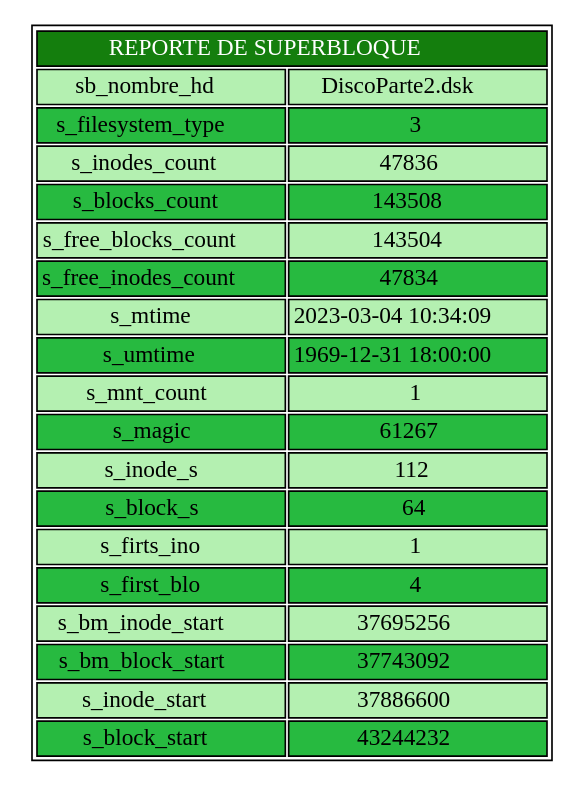
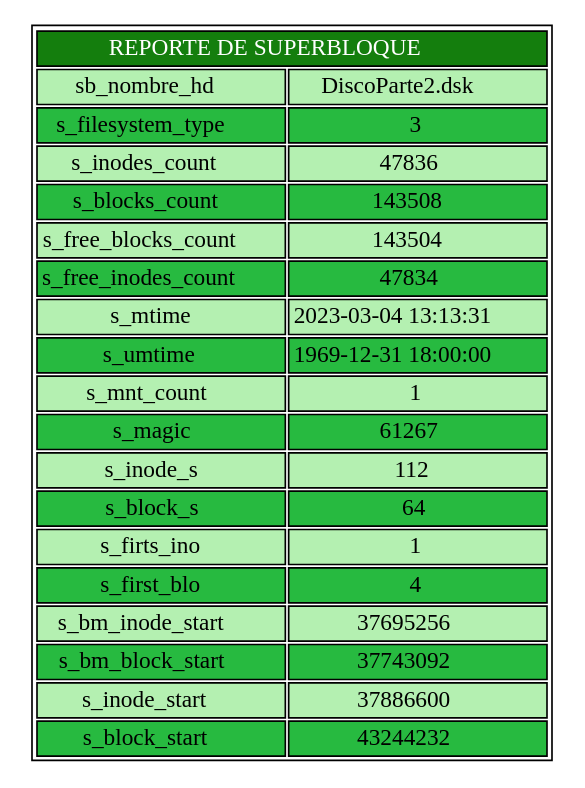
The diagram in Proyecto/cmake-build-debug/rep.dot (diegomazariegos2002/_MIA1S2023_PROYECTO1), drawn with Graphviz before and after one commit. The commit also changed 11 other files, not shown here.

```diff
--- a/Proyecto/cmake-build-debug/rep.dot
+++ b/Proyecto/cmake-build-debug/rep.dot
@@ -1,4 +1,4 @@
 digraph G {
 node[shape=none]
-start[label=<<table><tr><td colspan="2" bgcolor="#147e0d"><font color="white">REPORTE DE SUPERBLOQUE</font></td></tr><tr><td bgcolor="#b4f0b1">sb_nombre_hd</td><td bgcolor="#b4f0b1">DiscoParte2.dsk</td>)</tr><tr><td bgcolor="#27ba40">s_filesystem_type</td><td bgcolor="#27ba40">3</td>)</tr><tr><td bgcolor="#b4f0b1">s_inodes_count</td><td bgcolor="#b4f0b1">47836</td>)</tr><tr><td bgcolor="#27ba40">s_blocks_count</td><td bgcolor="#27ba40">143508</td>)</tr><tr><td bgcolor="#b4f0b1">s_free_blocks_count</td><td bgcolor="#b4f0b1">143504</td>)</tr><tr><td bgcolor="#27ba40">s_free_inodes_count</td><td bgcolor="#27ba40">47834</td>)</tr><tr><td bgcolor="#b4f0b1">s_mtime</td><td bgcolor="#b4f0b1">2023-03-04 10:34:09</td>)</tr><tr><td bgcolor="#27ba40">s_umtime</td><td bgcolor="#27ba40">1969-12-31 18:00:00</td>)</tr><tr><td bgcolor="#b4f0b1">s_mnt_count</td><td bgcolor="#b4f0b1">1</td>)</tr><tr><td bgcolor="#27ba40">s_magic</td><td bgcolor="#27ba40">61267</td>)</tr><tr><td bgcolor="#b4f0b1">s_inode_s</td><td bgcolor="#b4f0b1">112</td>)</tr><tr><td bgcolor="#27ba40">s_block_s</td><td bgcolor="#27ba40">64</td>)</tr><tr><td bgcolor="#b4f0b1">s_firts_ino</td><td bgcolor="#b4f0b1">1</td>)</tr><tr><td bgcolor="#27ba40">s_first_blo</td><td bgcolor="#27ba40">4</td>)</tr><tr><td bgcolor="#b4f0b1">s_bm_inode_start</td><td bgcolor="#b4f0b1">37695256</td>)</tr><tr><td bgcolor="#27ba40">s_bm_block_start</td><td bgcolor="#27ba40">37743092</td>)</tr><tr><td bgcolor="#b4f0b1">s_inode_start</td><td bgcolor="#b4f0b1">37886600</td>)</tr><tr><td bgcolor="#27ba40">s_block_start</td><td bgcolor="#27ba40">43244232</td>)</tr></table>>];
+start[label=<<table><tr><td colspan="2" bgcolor="#147e0d"><font color="white">REPORTE DE SUPERBLOQUE</font></td></tr><tr><td bgcolor="#b4f0b1">sb_nombre_hd</td><td bgcolor="#b4f0b1">DiscoParte2.dsk</td>)</tr><tr><td bgcolor="#27ba40">s_filesystem_type</td><td bgcolor="#27ba40">3</td>)</tr><tr><td bgcolor="#b4f0b1">s_inodes_count</td><td bgcolor="#b4f0b1">47836</td>)</tr><tr><td bgcolor="#27ba40">s_blocks_count</td><td bgcolor="#27ba40">143508</td>)</tr><tr><td bgcolor="#b4f0b1">s_free_blocks_count</td><td bgcolor="#b4f0b1">143504</td>)</tr><tr><td bgcolor="#27ba40">s_free_inodes_count</td><td bgcolor="#27ba40">47834</td>)</tr><tr><td bgcolor="#b4f0b1">s_mtime</td><td bgcolor="#b4f0b1">2023-03-04 13:13:31</td>)</tr><tr><td bgcolor="#27ba40">s_umtime</td><td bgcolor="#27ba40">1969-12-31 18:00:00</td>)</tr><tr><td bgcolor="#b4f0b1">s_mnt_count</td><td bgcolor="#b4f0b1">1</td>)</tr><tr><td bgcolor="#27ba40">s_magic</td><td bgcolor="#27ba40">61267</td>)</tr><tr><td bgcolor="#b4f0b1">s_inode_s</td><td bgcolor="#b4f0b1">112</td>)</tr><tr><td bgcolor="#27ba40">s_block_s</td><td bgcolor="#27ba40">64</td>)</tr><tr><td bgcolor="#b4f0b1">s_firts_ino</td><td bgcolor="#b4f0b1">1</td>)</tr><tr><td bgcolor="#27ba40">s_first_blo</td><td bgcolor="#27ba40">4</td>)</tr><tr><td bgcolor="#b4f0b1">s_bm_inode_start</td><td bgcolor="#b4f0b1">37695256</td>)</tr><tr><td bgcolor="#27ba40">s_bm_block_start</td><td bgcolor="#27ba40">37743092</td>)</tr><tr><td bgcolor="#b4f0b1">s_inode_start</td><td bgcolor="#b4f0b1">37886600</td>)</tr><tr><td bgcolor="#27ba40">s_block_start</td><td bgcolor="#27ba40">43244232</td>)</tr></table>>];
 }
```
